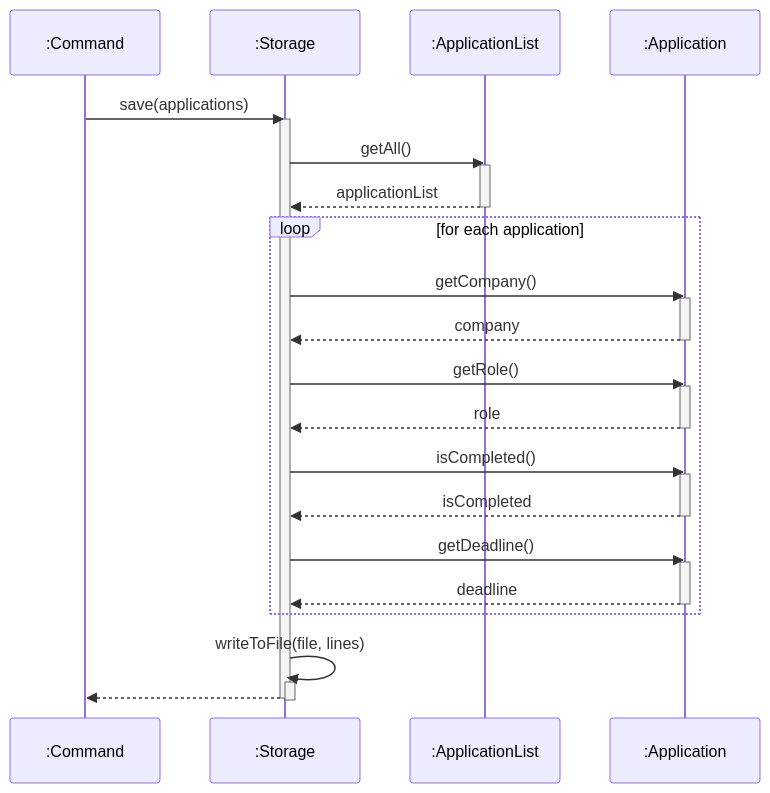
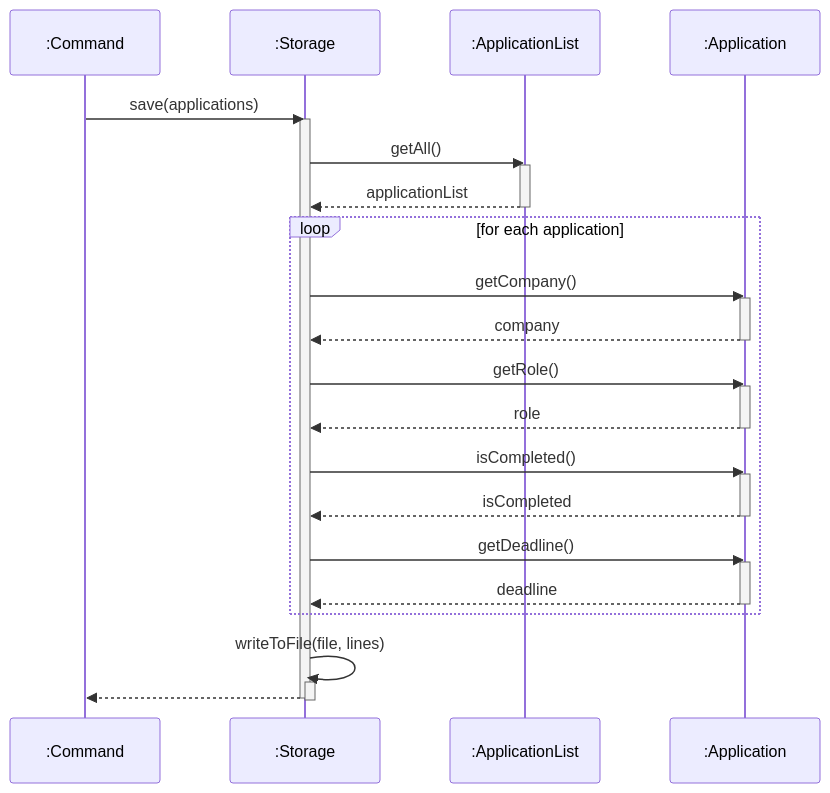
The diagram in docs/diagrams/sources/storage-save-sequence.mmd (AY2627S1-CS2113-T10-2/tp), drawn with Mermaid before and after one commit. The commit also changed 27 other files, not shown here.

First line of the commit message:
docs: enforce solid white diagram backgrounds and eliminate activation bar text overlaps

```diff
--- a/docs/diagrams/sources/storage-save-sequence.mmd
+++ b/docs/diagrams/sources/storage-save-sequence.mmd
@@ -1,38 +1,39 @@
+%%{init: {'theme': 'default', 'sequence': {'actorMargin': 70, 'messageMargin': 45}}}%%
 sequenceDiagram
     participant cmd as :Command
     participant storage as :Storage
     participant list as :ApplicationList
     participant app as :Application
 
     cmd->>storage: save(applications)
     activate storage
     storage->>list: getAll()
     activate list
     list-->>storage: applicationList
     deactivate list
 
     loop for each application
         storage->>app: getCompany()
         activate app
         app-->>storage: company
         deactivate app
         storage->>app: getRole()
         activate app
         app-->>storage: role
         deactivate app
         storage->>app: isCompleted()
         activate app
         app-->>storage: isCompleted
         deactivate app
         storage->>app: getDeadline()
         activate app
         app-->>storage: deadline
         deactivate app
     end
 
     storage->>storage: writeToFile(file, lines)
     activate storage
     deactivate storage
 
     storage-->>cmd: 
     deactivate storage
```
